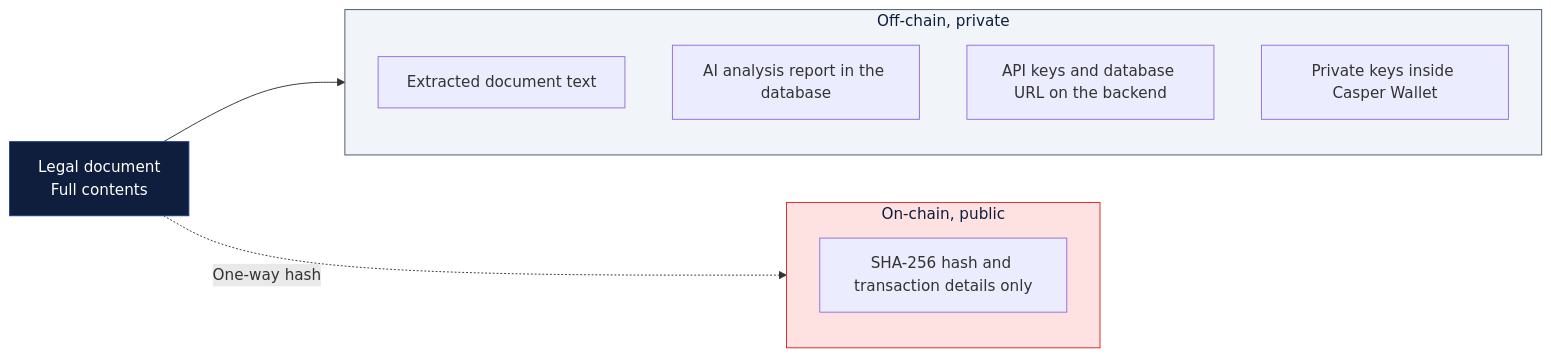
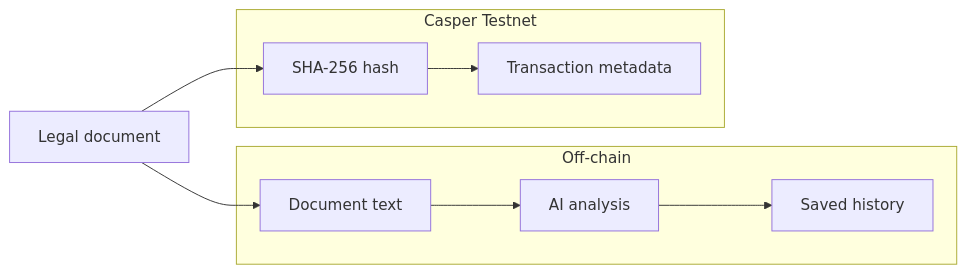
One commit to Hajrajadoon/LexProof-Pocket changed the sixth of 6 diagrams in README.md. Above: the diagram before and after it, drawn with Mermaid. The commit also changed other lines of this file, not shown here.

````diff
--- a/README.md
+++ b/README.md
@@ -337,24 +406,21 @@
 ```mermaid
 flowchart LR
-    DOC["Legal document<br/>Full contents"]
+    DOC["Legal document"]
 
-    subgraph OFF["Off-chain, private"]
-        direction TB
-        A1["Extracted document text"]
-        A2["AI analysis report in the database"]
-        A3["API keys and database URL on the backend"]
-        A4["Private keys inside Casper Wallet"]
+    subgraph OFF["Off-chain"]
+        TEXT["Document text"]
+        AI["AI analysis"]
+        HISTORY["Saved history"]
     end
 
-    subgraph ON["On-chain, public"]
-        direction TB
-        B1["SHA-256 hash and transaction details only"]
+    subgraph ON["Casper Testnet"]
+        HASH["SHA-256 hash"]
+        TX["Transaction metadata"]
     end
 
-    DOC --> OFF
-    DOC -. "One-way hash" .-> ON
-
-    style OFF fill:#F1F5F9,stroke:#475569,color:#0F1E3D
-    style ON fill:#FEE2E2,stroke:#DC2626,color:#0F1E3D
-    style DOC fill:#0F1E3D,stroke:#1E3A8A,color:#fff
+    DOC --> TEXT
+    TEXT --> AI
+    AI --> HISTORY
+    DOC --> HASH
+    HASH --> TX
 ```
````
